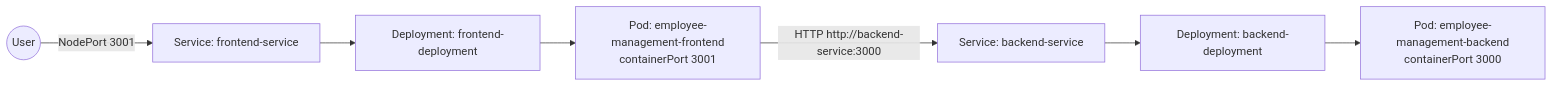
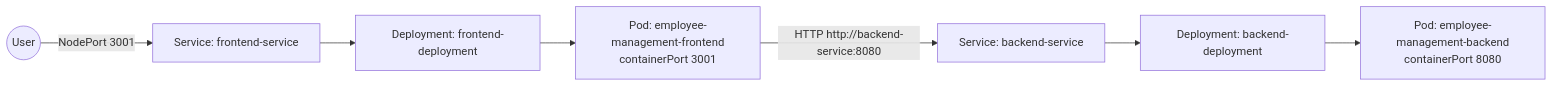
One commit to toilathuc/Major_Assignment_Testing changed the first of 2 diagrams in kubernetes/README.md. Above: the diagram before and after it, drawn with Mermaid. The commit also changed other lines of this file and 6 other files, not shown here.

````diff
--- a/kubernetes/README.md
+++ b/kubernetes/README.md
@@ -5,9 +5,9 @@
 ```mermaid
 flowchart LR
     Client((User)) -->|NodePort 3001| FrontendSvc[Service: frontend-service]
     FrontendSvc --> FrontendDeploy[Deployment: frontend-deployment]
     FrontendDeploy --> FrontendPod[Pod: employee-management-frontend\ncontainerPort 3001]
-    FrontendPod -->|HTTP http://backend-service:3000| BackendSvc[Service: backend-service]
+    FrontendPod -->|HTTP http://backend-service:8080| BackendSvc[Service: backend-service]
     BackendSvc --> BackendDeploy[Deployment: backend-deployment]
-    BackendDeploy --> BackendPod[Pod: employee-management-backend\ncontainerPort 3000]
+    BackendDeploy --> BackendPod[Pod: employee-management-backend\ncontainerPort 8080]
 ```
````
